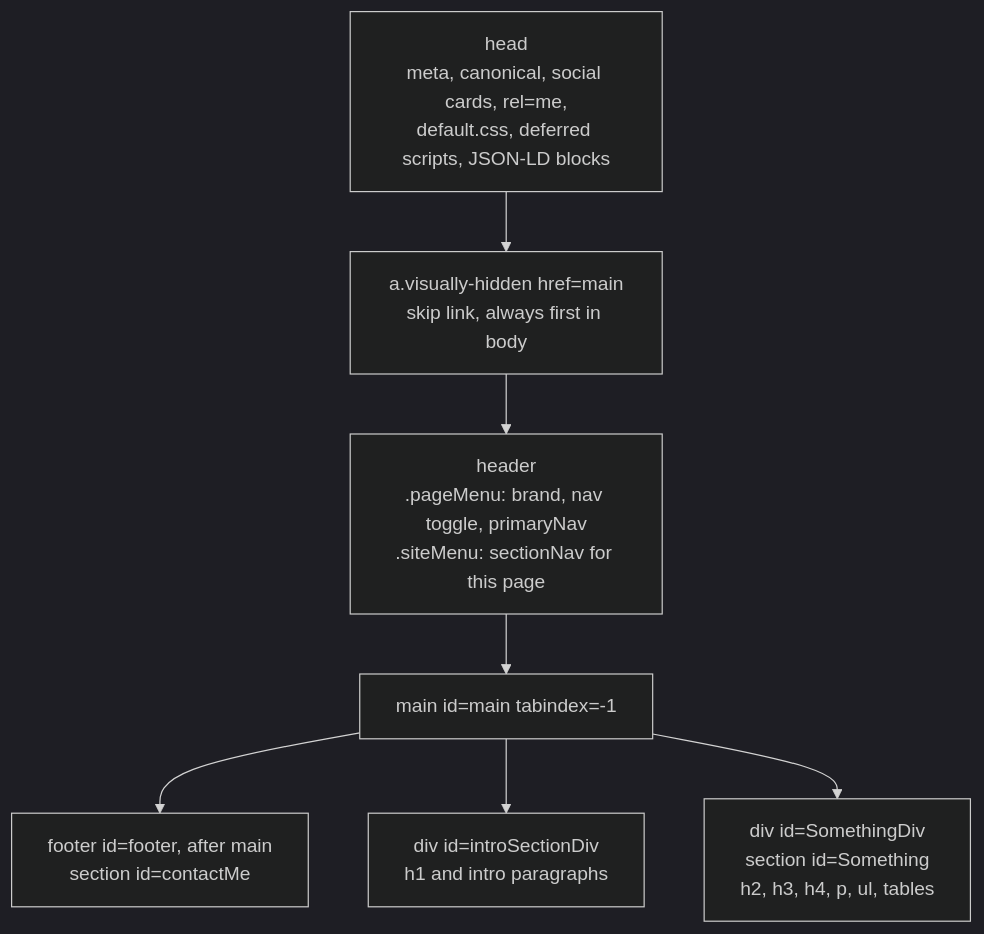
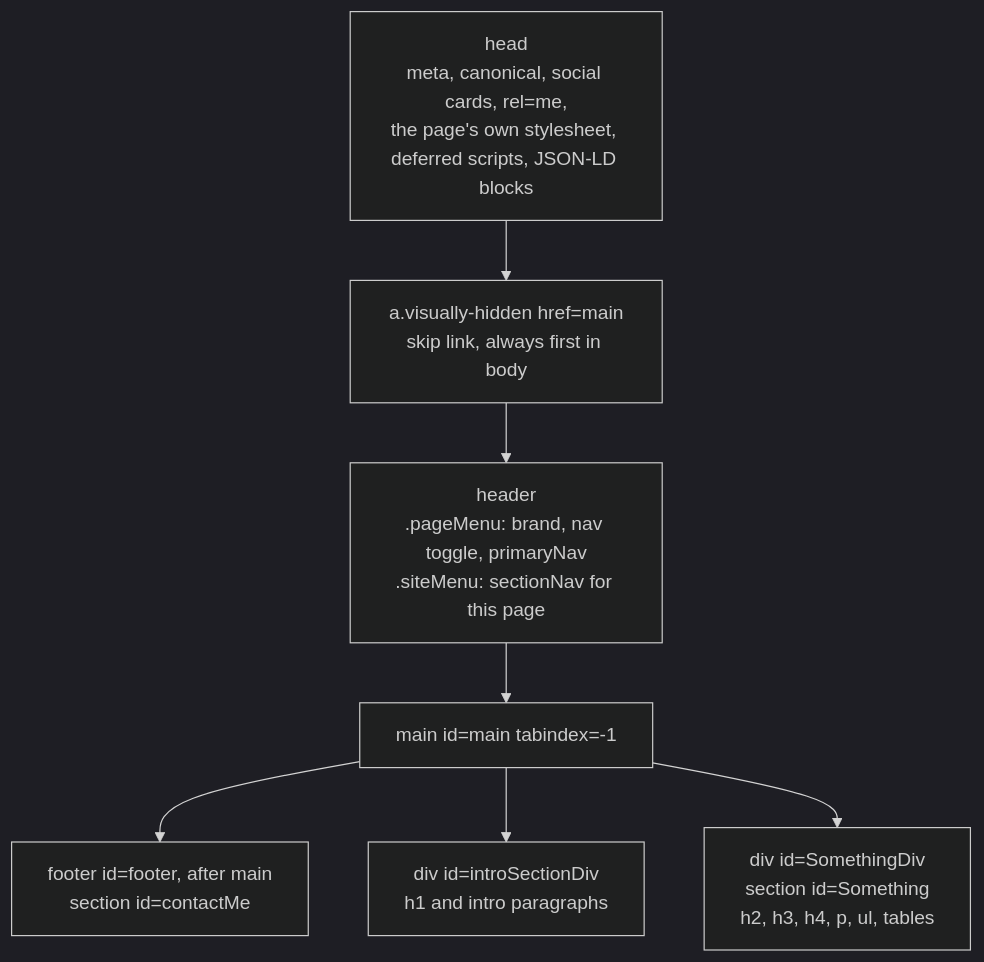
One commit to ColbyMainard/ColbyMainard.github.io changed the second of 13 diagrams in assets/markdown/architecture.md. Above: the diagram before and after it, drawn with Mermaid (dark theme). The commit also changed other lines of this file and 29 other files, not shown here.

````diff
--- a/assets/markdown/architecture.md
+++ b/assets/markdown/architecture.md
@@ -134,14 +134,14 @@
 ```mermaid
 flowchart TD
-    HEAD["head<br/>meta, canonical, social cards, rel=me,<br/>default.css, deferred scripts, JSON-LD blocks"]
+    HEAD["head<br/>meta, canonical, social cards, rel=me,<br/>the page's own stylesheet, deferred scripts, JSON-LD blocks"]
     SKIP["a.visually-hidden href=main<br/>skip link, always first in body"]
     HDR["header<br/>.pageMenu: brand, nav toggle, primaryNav<br/>.siteMenu: sectionNav for this page"]
     MAIN["main id=main tabindex=-1"]
     INTRO["div id=introSectionDiv<br/>h1 and intro paragraphs"]
     SECT["div id=SomethingDiv<br/>section id=Something<br/>h2, h3, h4, p, ul, tables"]
     FTR["footer id=footer, after main<br/>section id=contactMe"]
 
     HEAD --> SKIP --> HDR --> MAIN --> FTR
     MAIN --> INTRO
     MAIN --> SECT
 ```
````
